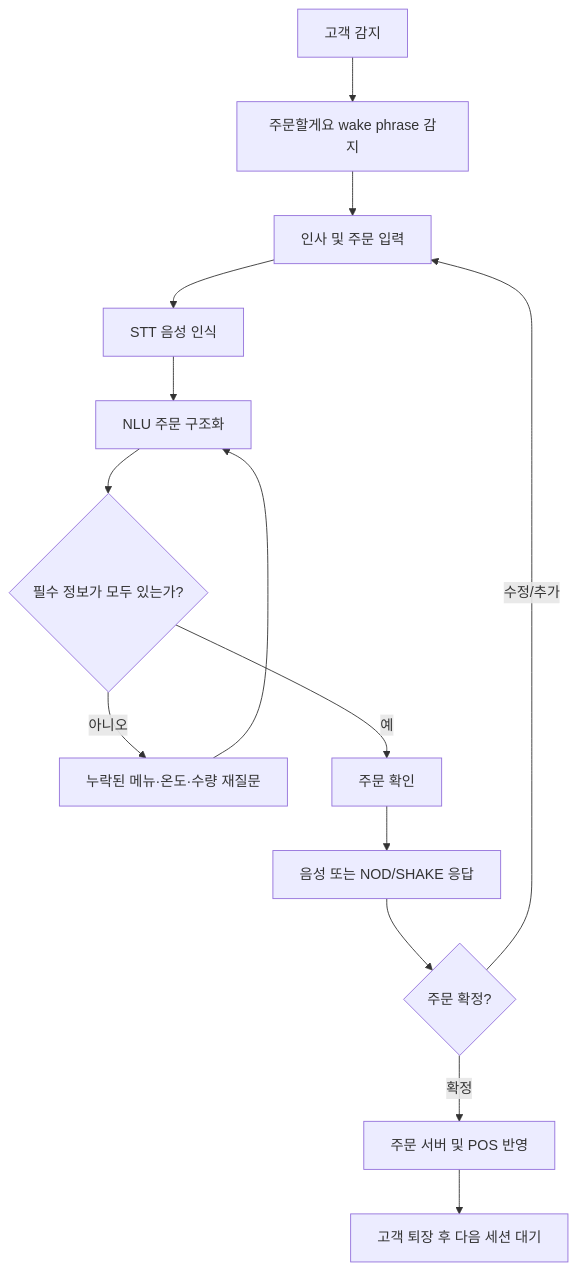
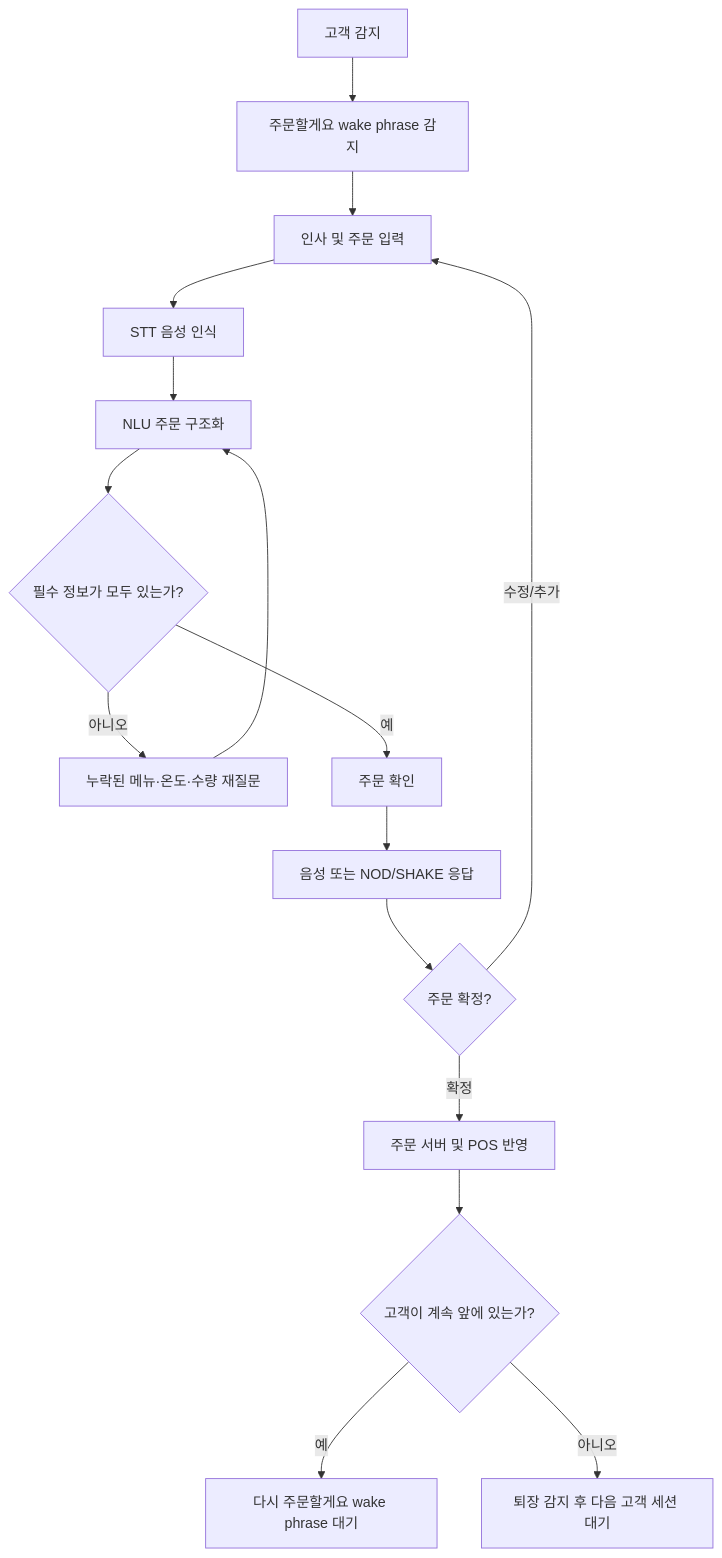
One commit to hammonsterwow/pumpkin_public changed the second of 3 diagrams in README.md. Above: the diagram before and after it, drawn with Mermaid. The commit also changed other lines of this file, not shown here.

````diff
--- a/README.md
+++ b/README.md
@@ -115,16 +128,18 @@
 ```mermaid
 flowchart TD
     A[고객 감지] --> W[주문할게요 wake phrase 감지]
     W --> B[인사 및 주문 입력]
     B --> C[STT 음성 인식]
     C --> D[NLU 주문 구조화]
     D --> E{필수 정보가 모두 있는가?}
     E -- 아니오 --> F[누락된 메뉴·온도·수량 재질문]
     F --> D
     E -- 예 --> G[주문 확인]
     G --> H[음성 또는 NOD/SHAKE 응답]
     H --> I{주문 확정?}
     I -- 수정/추가 --> B
     I -- 확정 --> J[주문 서버 및 POS 반영]
-    J --> K[고객 퇴장 후 다음 세션 대기]
+    J --> K{고객이 계속 앞에 있는가?}
+    K -- 예 --> L[다시 주문할게요 wake phrase 대기]
+    K -- 아니오 --> M[퇴장 감지 후 다음 고객 세션 대기]
 ```
````
